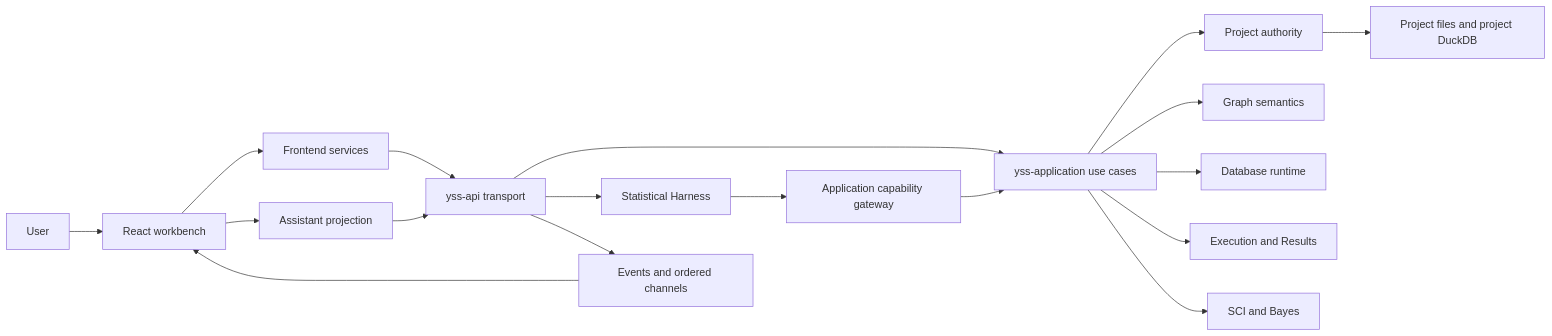
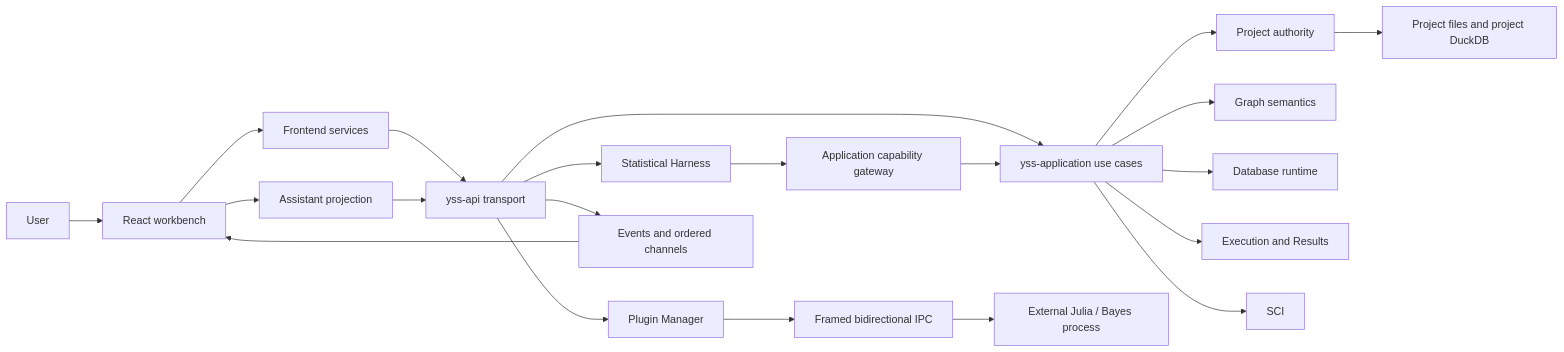
Before and after one commit to zhouyi207/YssBI: the first of 2 diagrams in docs/architecture/ARCHITECTURE.md, drawn with Mermaid. The commit also changed other lines of this file and 7 other files, not shown here.

Commit message:
docs(plugin): document plugin architecture and workflow

````diff
--- a/docs/architecture/ARCHITECTURE.md
+++ b/docs/architecture/ARCHITECTURE.md
@@ -12,20 +14,23 @@
 ```mermaid
 flowchart LR
   USER[User] --> UI[React workbench]
   UI --> SERVICES[Frontend services]
   SERVICES --> API[yss-api transport]
   API --> APP[yss-application use cases]
   APP --> PROJECT[Project authority]
   APP --> GRAPH[Graph semantics]
   APP --> DATABASE[Database runtime]
   APP --> EXECUTION[Execution and Results]
-  APP --> SCI[SCI and Bayes]
+  APP --> SCI[SCI]
+  API --> PLUGINS[Plugin Manager]
+  PLUGINS --> IPC[Framed bidirectional IPC]
+  IPC --> EXT[External Julia / Bayes process]
   UI --> HARNESSUI[Assistant projection]
   HARNESSUI --> API
   API --> HARNESS[Statistical Harness]
   HARNESS --> GATEWAY[Application capability gateway]
   GATEWAY --> APP
   PROJECT --> STORAGE[Project files and project DuckDB]
   API --> STREAMS[Events and ordered channels]
   STREAMS --> UI
 ```
````
